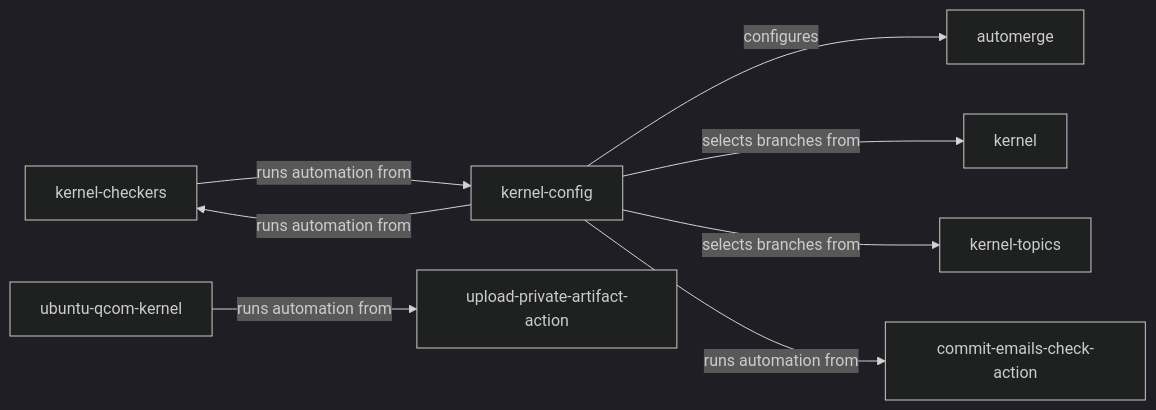
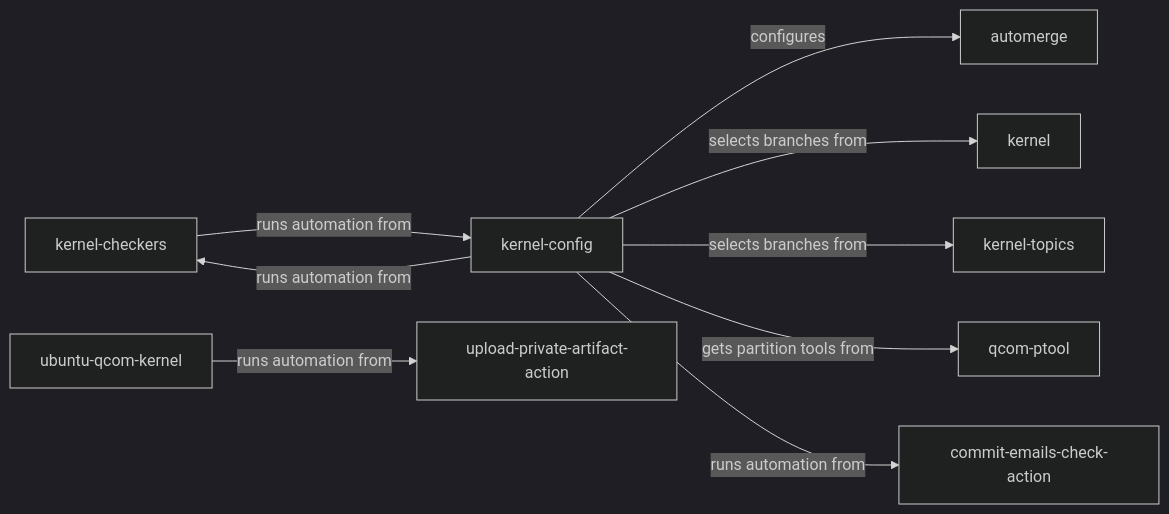
Before and after one commit to devdocsorg/qualcomm-repository-map: the second of 5 diagrams in README.md, drawn with Mermaid (dark theme). The commit also changed other lines of this file and 1 other file, not shown here.

First line of the commit message:
Record the repositories that use qcom-ptool

````diff
--- a/README.md
+++ b/README.md
@@ -50,26 +52,29 @@
 ```mermaid
 flowchart LR
     r0["automerge"]
     click r0 href "https://github.com/qualcomm-linux/automerge" _blank
     r1["kernel"]
     click r1 href "https://github.com/qualcomm-linux/kernel" _blank
     r2["kernel-checkers"]
     click r2 href "https://github.com/qualcomm-linux/kernel-checkers" _blank
     r3["kernel-config"]
     click r3 href "https://github.com/qualcomm-linux/kernel-config" _blank
     r4["kernel-topics"]
     click r4 href "https://github.com/qualcomm-linux/kernel-topics" _blank
-    r5["ubuntu-qcom-kernel"]
-    click r5 href "https://github.com/qualcomm-linux/ubuntu-qcom-kernel" _blank
-    r6["upload-private-artifact-action"]
-    click r6 href "https://github.com/qualcomm-linux/upload-private-artifact-action" _blank
-    r7["commit-emails-check-action"]
-    click r7 href "https://github.com/qualcomm/commit-emails-check-action" _blank
+    r5["qcom-ptool"]
+    click r5 href "https://github.com/qualcomm-linux/qcom-ptool" _blank
+    r6["ubuntu-qcom-kernel"]
+    click r6 href "https://github.com/qualcomm-linux/ubuntu-qcom-kernel" _blank
+    r7["upload-private-artifact-action"]
+    click r7 href "https://github.com/qualcomm-linux/upload-private-artifact-action" _blank
+    r8["commit-emails-check-action"]
+    click r8 href "https://github.com/qualcomm/commit-emails-check-action" _blank
     r2 -->|"runs automation from"| r3
     r3 -->|"configures"| r0
     r3 -->|"selects branches from"| r1
     r3 -->|"runs automation from"| r2
     r3 -->|"selects branches from"| r4
-    r3 -->|"runs automation from"| r7
-    r5 -->|"runs automation from"| r6
+    r3 -->|"gets partition tools from"| r5
+    r3 -->|"runs automation from"| r8
+    r6 -->|"runs automation from"| r7
 ```
````
